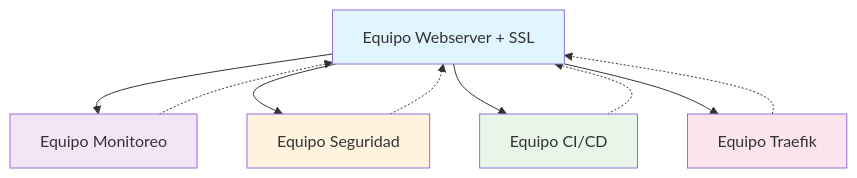
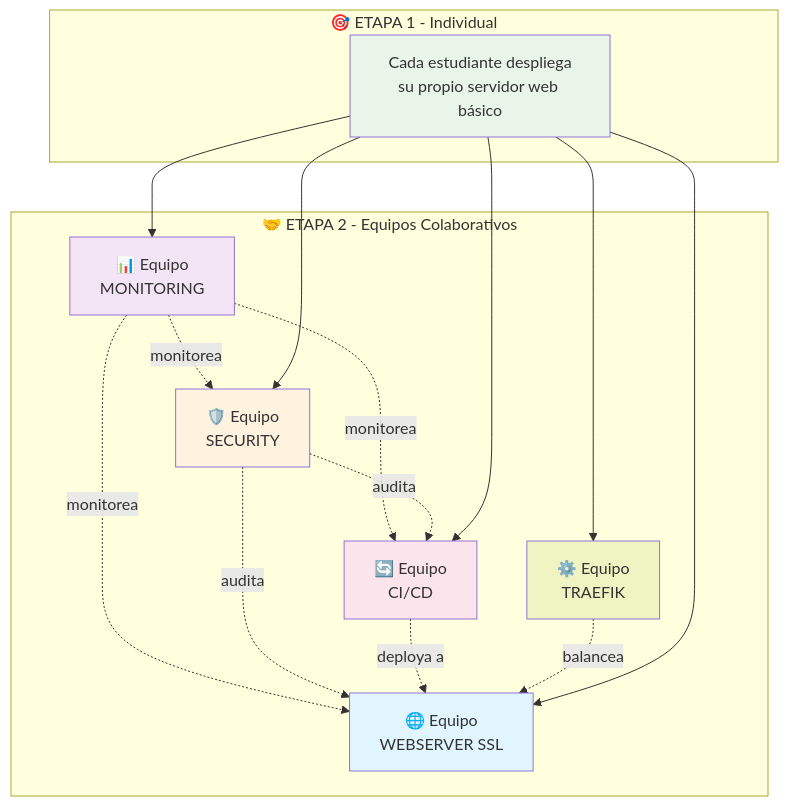
Before and after one commit to kevan1/infra-made-easy: the diagram in README.md, drawn with Mermaid. The commit also changed other lines of this file, not shown here.

````diff
--- a/README.md
+++ b/README.md
@@ -271,18 +17,35 @@
 ```mermaid
 graph TB
-    A[Equipo Webserver + SSL] --> B[Equipo Monitoreo]
-    A --> C[Equipo Seguridad]
-    A --> D[Equipo CI/CD]
-    A --> E[Equipo Traefik]
+    subgraph "🎯 ETAPA 1 - Individual"
+        A[Cada estudiante despliega<br/>su propio servidor web básico]
+    end
     
-    B -.-> A
-    C -.-> A
-    D -.-> A
-    E -.-> A
+    subgraph "🤝 ETAPA 2 - Equipos Colaborativos"
+        B[📊 Equipo<br/>MONITORING]
+        C[🌐 Equipo<br/>WEBSERVER SSL] 
+        D[🛡️ Equipo<br/>SECURITY]
+        E[🔄 Equipo<br/>CI/CD]
+        F[⚙️ Equipo<br/>TRAEFIK]
+        
+        B -.->|monitorea| C
+        B -.->|monitorea| D
+        B -.->|monitorea| E
+        D -.->|audita| C
+        D -.->|audita| E
+        E -.->|deploya a| C
+        F -.->|balancea| C
+    end
     
-    style A fill:#e1f5fe
+    A --> B
+    A --> C
+    A --> D
+    A --> E
+    A --> F
+    
+    style A fill:#e8f5e8
     style B fill:#f3e5f5
-    style C fill:#fff3e0
-    style D fill:#e8f5e8
+    style C fill:#e1f5fe
+    style D fill:#fff3e0
     style E fill:#fce4ec
+    style F fill:#f0f4c3
 ```
````
